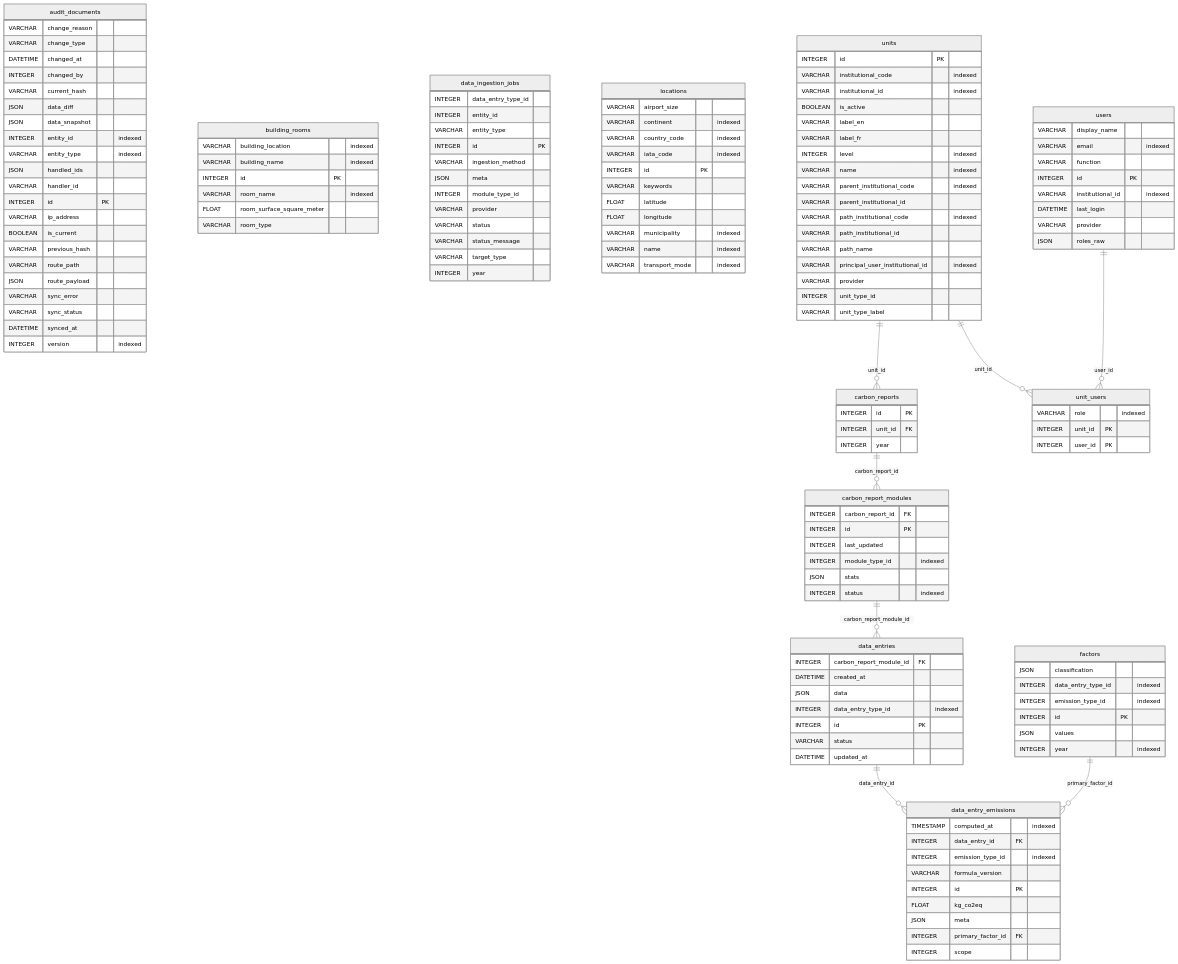
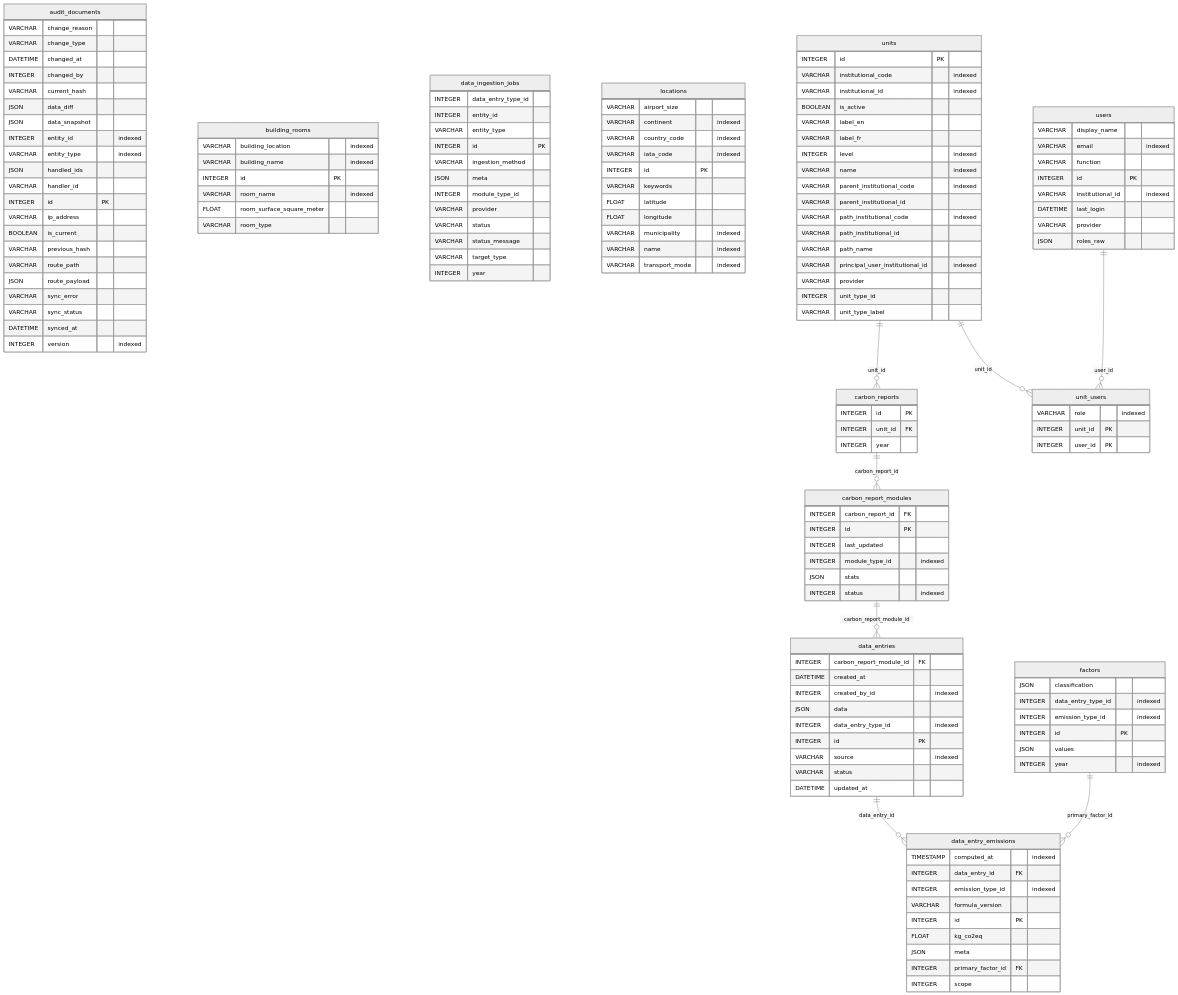
The diagram in docs/src/database/erd.md (EPFL-ENAC/co2-calculator), drawn with Mermaid (neutral theme) before and after one commit. The commit also changed 6 other files, not shown here.

```diff
--- a/docs/src/database/erd.md
+++ b/docs/src/database/erd.md
@@ -49,9 +49,11 @@
   data_entries {
     INTEGER carbon_report_module_id FK
     DATETIME created_at
+    INTEGER created_by_id "indexed"
     JSON data
     INTEGER data_entry_type_id "indexed"
     INTEGER id PK
+    VARCHAR source "indexed"
     VARCHAR status
     DATETIME updated_at
   }
```
